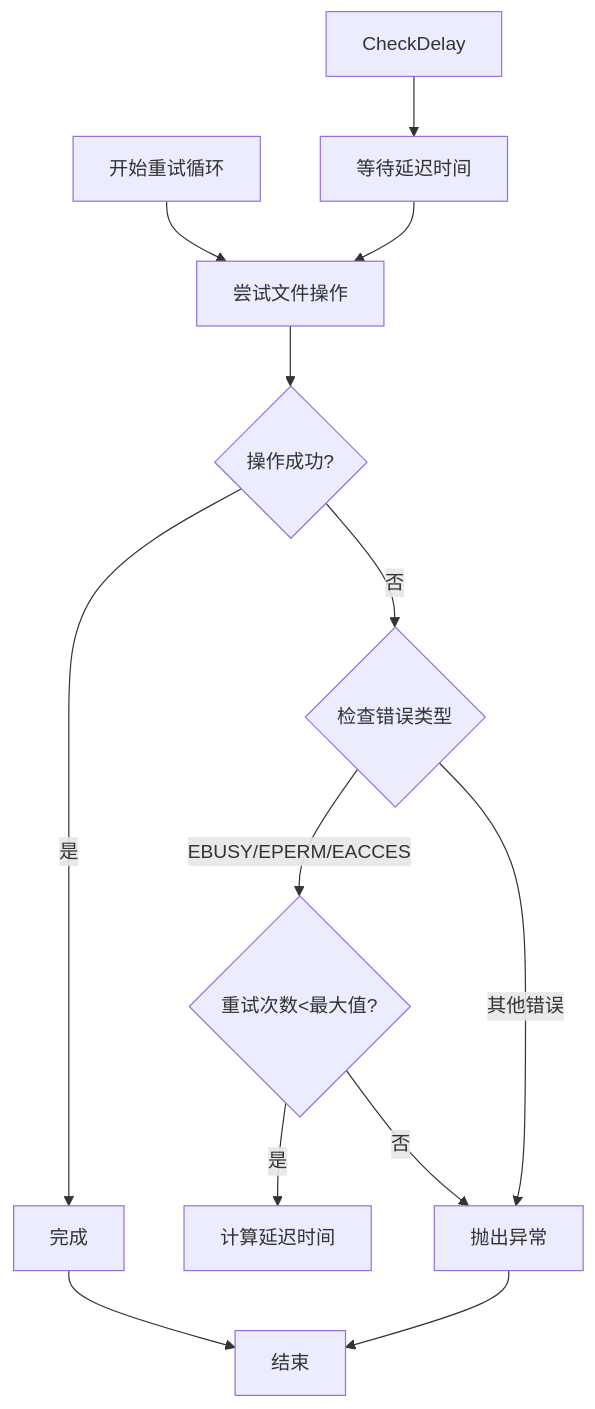
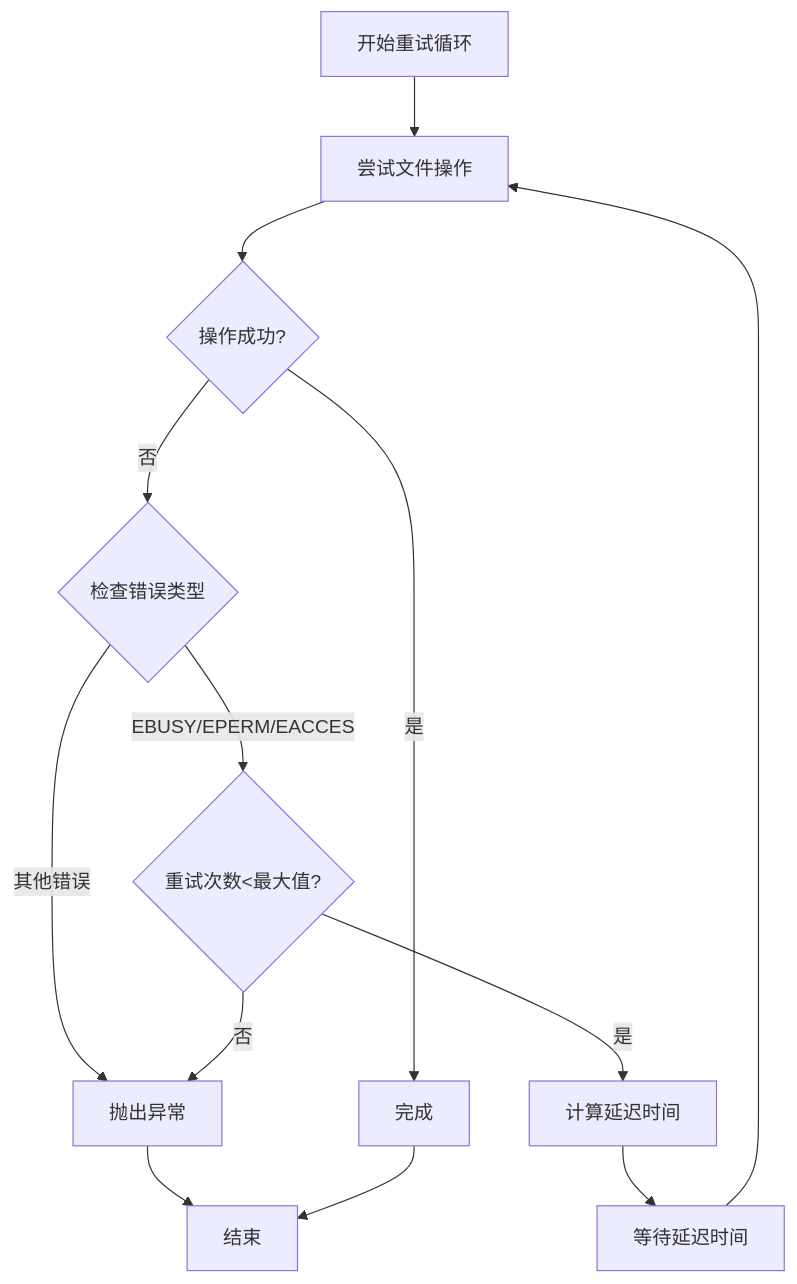
Before and after one commit to swond-Mao/Tiffa: the eighth of 11 diagrams in .qoder/repowiki/zh/content/核心架构/会话管理与上下文恢复.md, drawn with Mermaid. The commit also changed other lines of this file and 25 other files, not shown here.

````diff
--- a/.qoder/repowiki/zh/content/核心架构/会话管理与上下文恢复.md
+++ b/.qoder/repowiki/zh/content/核心架构/会话管理与上下文恢复.md
@@ -310,15 +294,15 @@
 ```mermaid
 flowchart TD
 StartRetry["开始重试循环"] --> TryOp["尝试文件操作"]
 TryOp --> Success{"操作成功?"}
 Success --> |是| Complete["完成"]
 Success --> |否| CheckError{"检查错误类型"}
 CheckError --> |EBUSY/EPERM/EACCES| CheckRetries{"重试次数<最大值?"}
 CheckError --> |其他错误| ThrowError["抛出异常"]
 CheckRetries --> |是| CalcDelay["计算延迟时间"]
-CheckDelay --> Delay["等待延迟时间"]
+CalcDelay --> Delay["等待延迟时间"]
 Delay --> TryOp
 CheckRetries --> |否| ThrowError
 ThrowError --> End["结束"]
 Complete --> End
 ```
````
